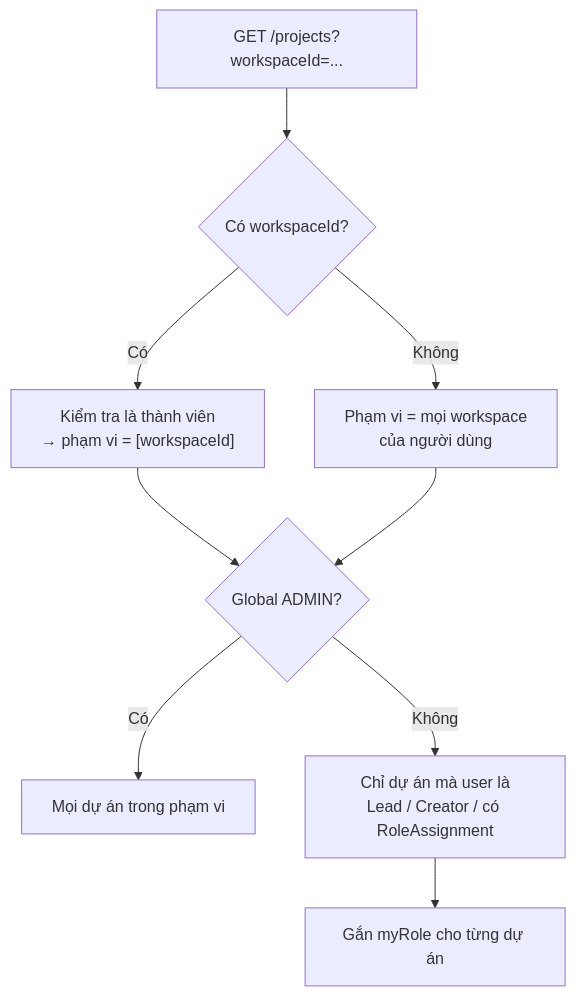
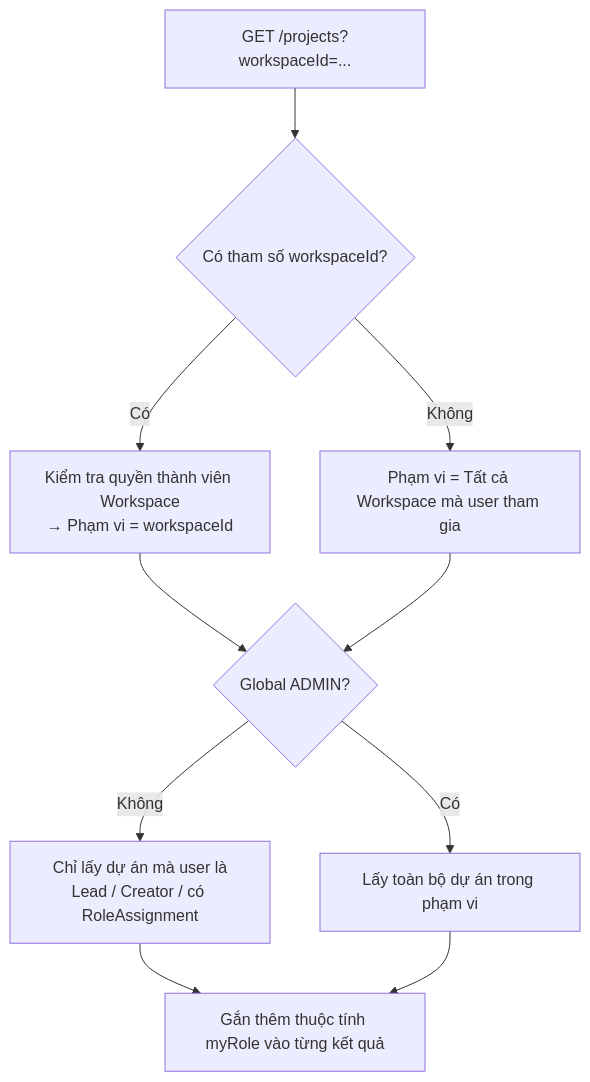
One commit to Hecker-Chuoi/DATN-2026 changed the sixth of 11 diagrams in formal_doc/02_NGHIEP_VU_PROJECT.md. Above: the diagram before and after it, drawn with Mermaid. The commit also changed other lines of this file and 60 other files, not shown here.

````diff
--- a/formal_doc/02_NGHIEP_VU_PROJECT.md
+++ b/formal_doc/02_NGHIEP_VU_PROJECT.md
@@ -224,11 +203,12 @@
 ```mermaid
 flowchart TD
-    A["GET /projects?workspaceId=..."] --> B{"Có workspaceId?"}
-    B -- "Có" --> C["Kiểm tra là thành viên<br/>→ phạm vi = [workspaceId]"]
-    B -- "Không" --> D["Phạm vi = mọi workspace<br/>của người dùng"]
+    A["GET /projects?workspaceId=..."] --> B{"Có tham số workspaceId?"}
+    B -- "Có" --> C["Kiểm tra quyền thành viên Workspace<br/>→ Phạm vi = workspaceId"]
+    B -- "Không" --> D["Phạm vi = Tất cả Workspace mà user tham gia"]
     C --> E{"Global ADMIN?"}
     D --> E
-    E -- "Có" --> F["Mọi dự án trong phạm vi"]
-    E -- "Không" --> G["Chỉ dự án mà user là<br/>Lead / Creator / có RoleAssignment"]
-    G --> H["Gắn myRole cho từng dự án"]
+    E -- "Có" --> F["Lấy toàn bộ dự án trong phạm vi"]
+    E -- "Không" --> G["Chỉ lấy dự án mà user là<br/>Lead / Creator / có RoleAssignment"]
+    G --> H["Gắn thêm thuộc tính myRole vào từng kết quả"]
+    F --> H
 ```
````
